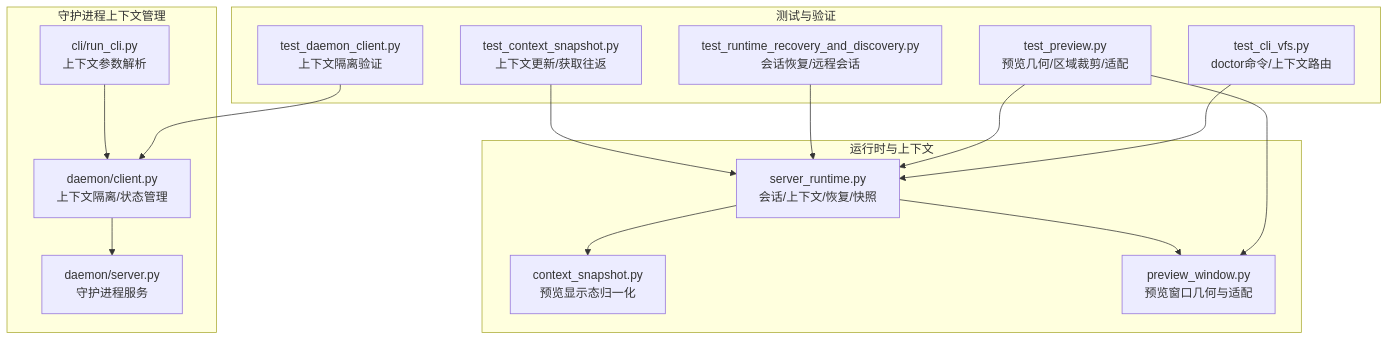
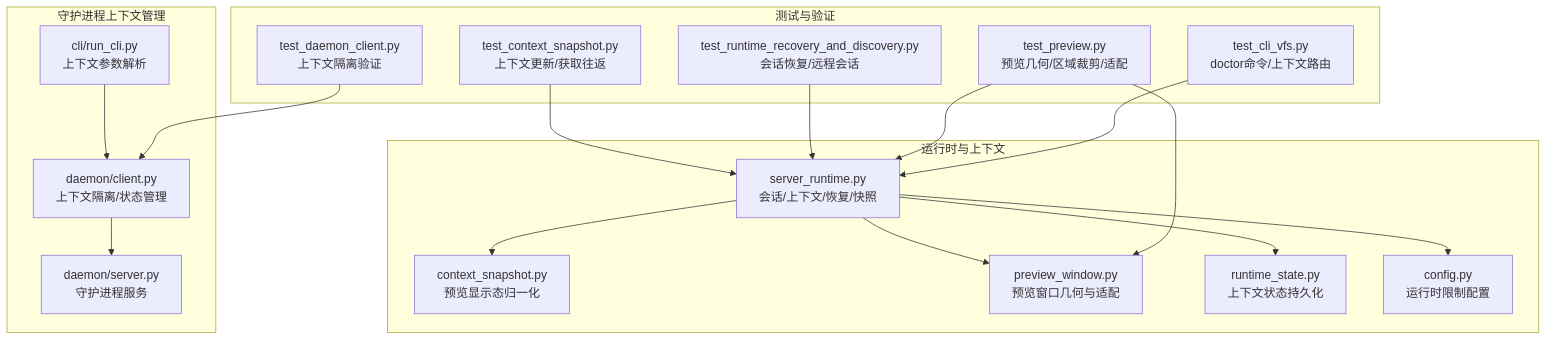
The first of 11 diagrams in .qoder/repowiki/zh/content/核心概念/会话模型.md (haolange/RDC-Tool), drawn with Mermaid before and after one commit. The commit also changed other lines of this file and 1 other file, not shown here.

````diff
--- a/.qoder/repowiki/zh/content/核心概念/会话模型.md
+++ b/.qoder/repowiki/zh/content/核心概念/会话模型.md
@@ -49,30 +52,34 @@
 ```mermaid
 graph TB
 subgraph "守护进程上下文管理"
 DC["daemon/client.py<br/>上下文隔离/状态管理"]
 DS["daemon/server.py<br/>守护进程服务"]
 CLI["cli/run_cli.py<br/>上下文参数解析"]
 end
 subgraph "运行时与上下文"
 SR["server_runtime.py<br/>会话/上下文/恢复/快照"]
 CS["context_snapshot.py<br/>预览显示态归一化"]
 PW["preview_window.py<br/>预览窗口几何与适配"]
+RS["runtime_state.py<br/>上下文状态持久化"]
+CFG["config.py<br/>运行时限制配置"]
 end
 subgraph "测试与验证"
 TCS["test_context_snapshot.py<br/>上下文更新/获取往返"]
 TRR["test_runtime_recovery_and_discovery.py<br/>会话恢复/远程会话"]
 TP["test_preview.py<br/>预览几何/区域裁剪/适配"]
 TCV["test_cli_vfs.py<br/>doctor命令/上下文路由"]
 TDC["test_daemon_client.py<br/>上下文隔离验证"]
 end
 DC --> DS
 CLI --> DC
 SR --> CS
 SR --> PW
+SR --> RS
+SR --> CFG
 TCS --> SR
 TRR --> SR
 TP --> SR
 TP --> PW
 TCV --> SR
 TDC --> DC
 ```
````
